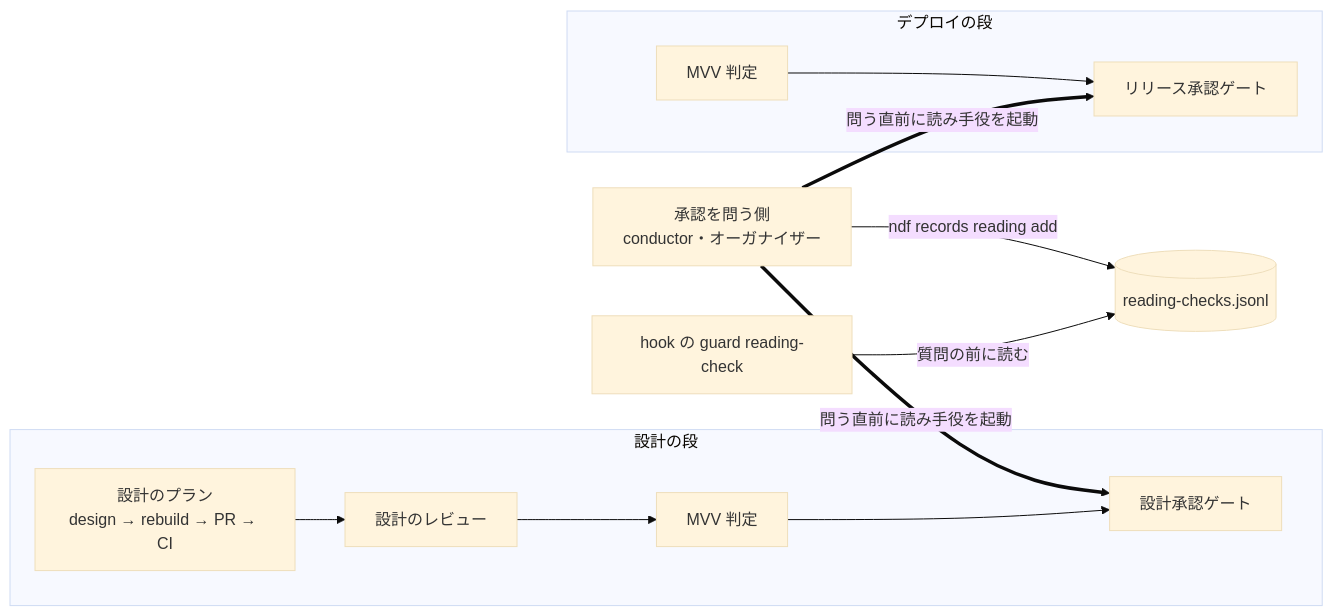
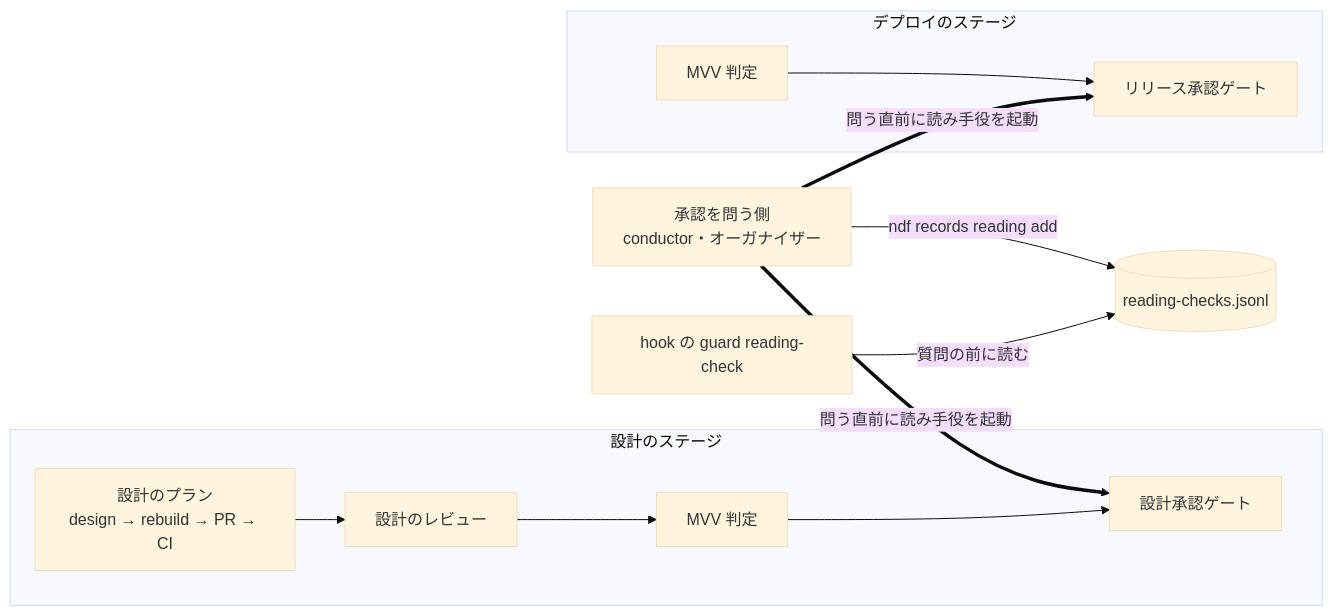
Before and after one commit to devbasex/ai-plugins: the first of 4 diagrams in issues/issue-4446-design.md, drawn with Mermaid (base theme). The commit also changed other lines of this file, not shown here.

````diff
--- a/issues/issue-4446-design.md
+++ b/issues/issue-4446-design.md
@@ -11,15 +11,15 @@
 ```mermaid
 graph LR
-  subgraph 設計の段
+  subgraph 設計のステージ
     D1[設計のプラン<br>design → rebuild → PR → CI] --> D2[設計のレビュー]
     D2 --> D3[MVV 判定]
     D3 --> D4[設計承認ゲート]
   end
-  subgraph デプロイの段
+  subgraph デプロイのステージ
     R1[MVV 判定] --> R2[リリース承認ゲート]
   end
   C[承認を問う側<br>conductor・オーガナイザー] ==>|問う直前に読み手役を起動| D4
   C ==>|問う直前に読み手役を起動| R2
   C -->|ndf records reading add| L[(reading-checks.jsonl)]
   H[hook の guard reading-check] -->|質問の前に読む| L
 ```
````
